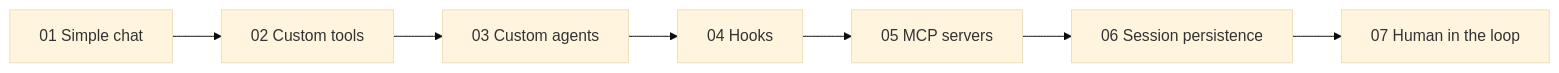
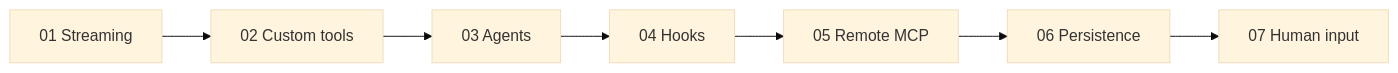
The diagram in examples/README.md (jeffrey-groneberg/ghcp_sdk), drawn with Mermaid (base theme) before and after one commit. The commit also changed other lines of this file and 23 other files, not shown here.

````diff
--- a/examples/README.md
+++ b/examples/README.md
@@ -14,9 +10,9 @@
 ```mermaid
 flowchart LR
-    A[01 Simple chat] --> B[02 Custom tools]
-    B --> C[03 Custom agents]
+    A[01 Streaming] --> B[02 Custom tools]
+    B --> C[03 Agents]
     C --> D[04 Hooks]
-    D --> E[05 MCP servers]
-    E --> F[06 Session persistence]
-    F --> G[07 Human in the loop]
+    D --> E[05 Remote MCP]
+    E --> F[06 Persistence]
+    F --> G[07 Human input]
 ```
````
